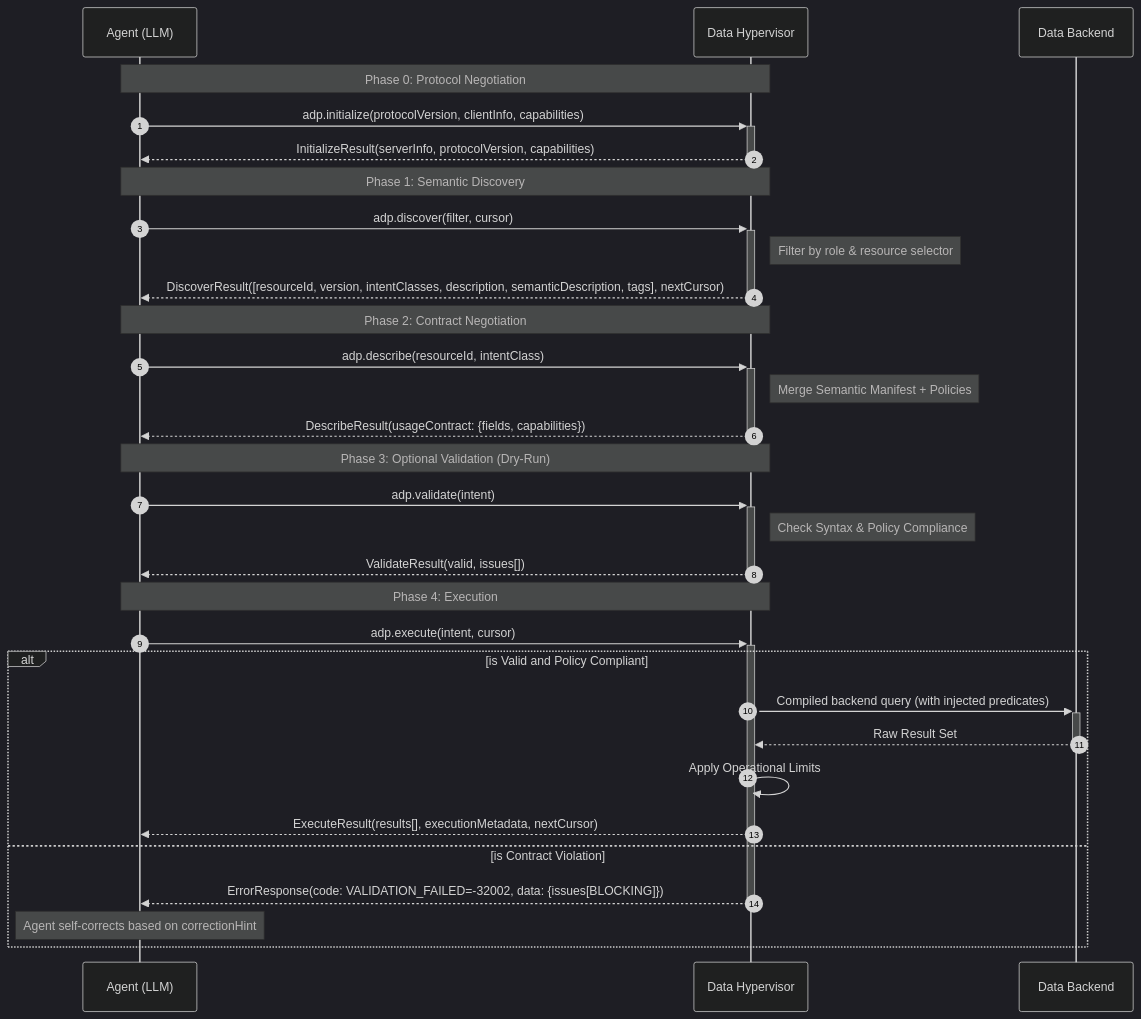
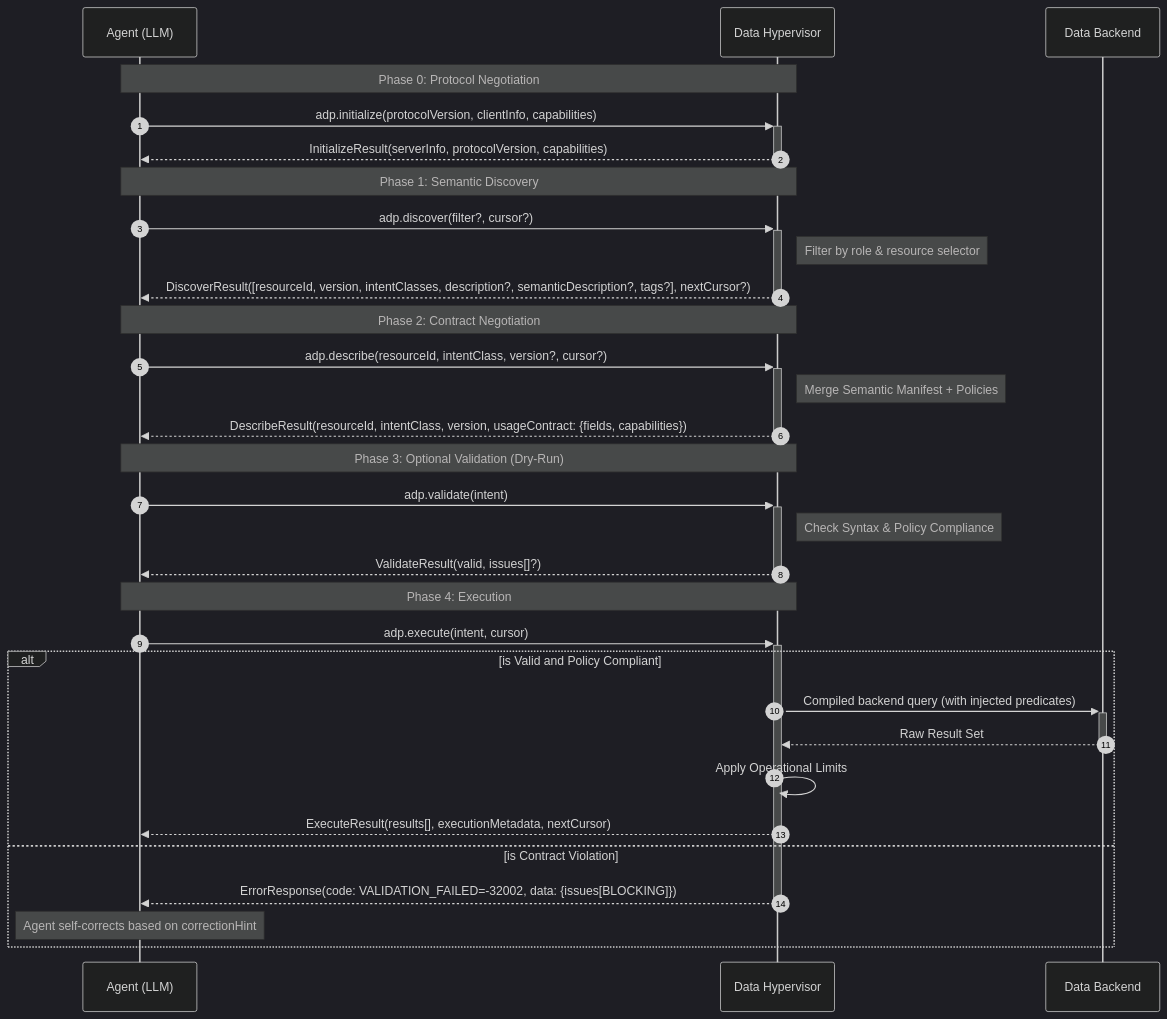
The diagram in docs/specification/2026-01-20/adp_ir_spec.md (agenticdataprotocol/agenticdataprotocol), drawn with Mermaid (dark theme) before and after one commit. The commit also changed other lines of this file, not shown here.

````diff
--- a/docs/specification/2026-01-20/adp_ir_spec.md
+++ b/docs/specification/2026-01-20/adp_ir_spec.md
@@ -95,39 +95,39 @@
 ```mermaid
 sequenceDiagram
     autonumber
     participant A as Agent (LLM)
     participant H as Data Hypervisor
     participant B as Data Backend
 
     Note over A, H: Phase 0: Protocol Negotiation
     A->>+H: adp.initialize(protocolVersion, clientInfo, capabilities)
     H-->>-A: InitializeResult(serverInfo, protocolVersion, capabilities)
 
     Note over A, H: Phase 1: Semantic Discovery
-    A->>+H: adp.discover(filter, cursor)
+    A->>+H: adp.discover(filter?, cursor?)
     Note right of H: Filter by role & resource selector
-    H-->>-A: DiscoverResult([resourceId, version, intentClasses, description, semanticDescription, tags], nextCursor)
+    H-->>-A: DiscoverResult([resourceId, version, intentClasses, description?, semanticDescription?, tags?], nextCursor?)
 
     Note over A, H: Phase 2: Contract Negotiation
-    A->>+H: adp.describe(resourceId, intentClass)
+    A->>+H: adp.describe(resourceId, intentClass, version?, cursor?)
     Note right of H: Merge Semantic Manifest + Policies
-    H-->>-A: DescribeResult(usageContract: {fields, capabilities})
+    H-->>-A: DescribeResult(resourceId, intentClass, version, usageContract: {fields, capabilities})
 
     Note over A, H: Phase 3: Optional Validation (Dry-Run)
     A->>+H: adp.validate(intent)
     Note right of H: Check Syntax & Policy Compliance
-    H-->>-A: ValidateResult(valid, issues[])
+    H-->>-A: ValidateResult(valid, issues[]?)
 
     Note over A, H: Phase 4: Execution
     A->>+H: adp.execute(intent, cursor)
 
     alt is Valid and Policy Compliant
         H->>+B: Compiled backend query (with injected predicates)
         B-->>-H: Raw Result Set
         H->>H: Apply Operational Limits
         H-->>A: ExecuteResult(results[], executionMetadata, nextCursor)
     else is Contract Violation
         H-->>-A: ErrorResponse(code: VALIDATION_FAILED=-32002, data: {issues[BLOCKING]})
         Note over A: Agent self-corrects based on correctionHint
     end
 ```
````
